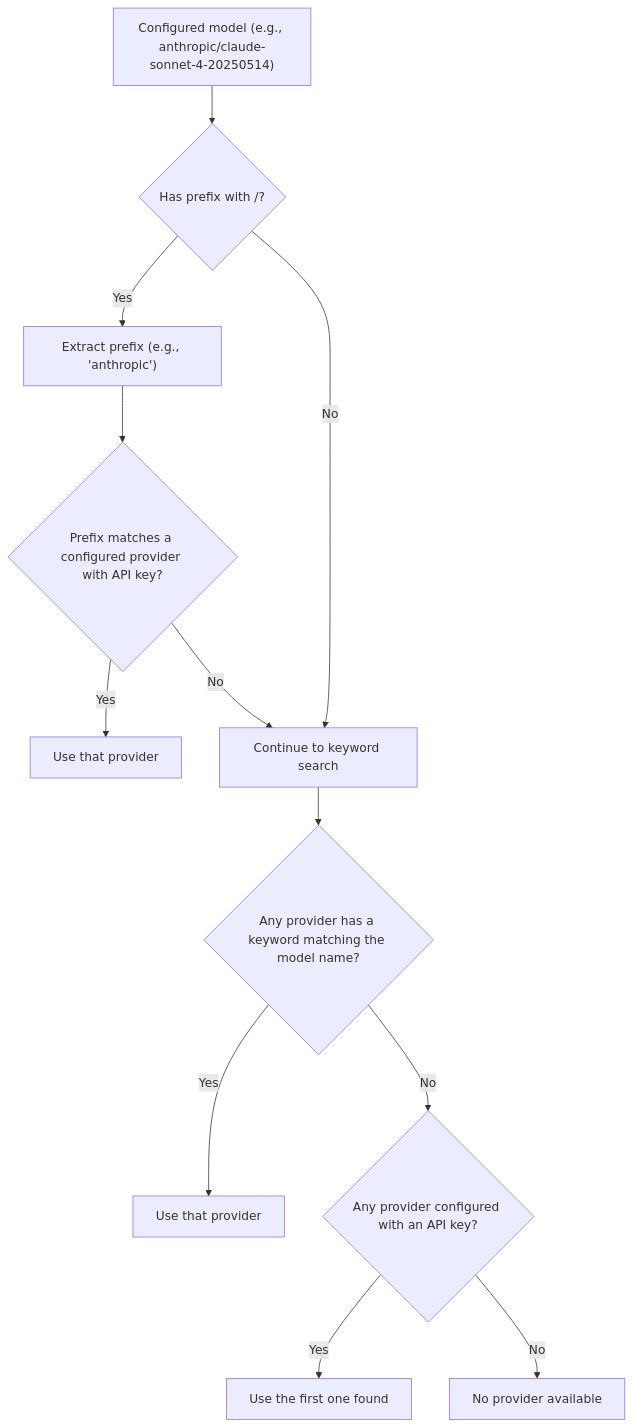
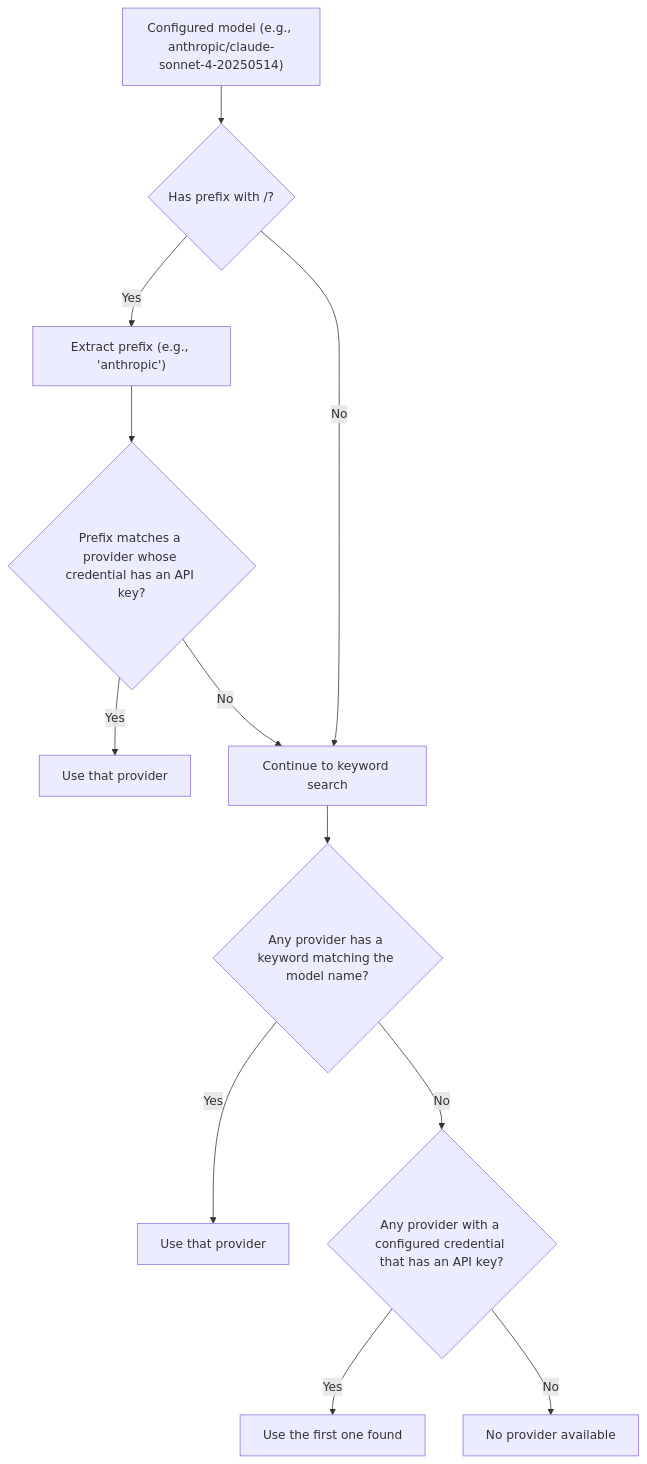
The eighth of 19 diagrams in docs/flow.md (openbotx/openbotx), drawn with Mermaid before and after one commit. The commit also changed other lines of this file and 82 other files, not shown here.

````diff
--- a/docs/flow.md
+++ b/docs/flow.md
@@ -809,14 +810,14 @@
 ```mermaid
 graph TD
     A["Configured model (e.g., anthropic/claude-sonnet-4-20250514)"] --> B{Has prefix with /?}
     B -->|Yes| C["Extract prefix (e.g., 'anthropic')"]
-    C --> D{Prefix matches a configured provider with API key?}
+    C --> D{Prefix matches a provider whose credential has an API key?}
     D -->|Yes| E[Use that provider]
     D -->|No| F[Continue to keyword search]
     B -->|No| F
     F --> G{Any provider has a keyword matching the model name?}
     G -->|Yes| H[Use that provider]
-    G -->|No| I{Any provider configured with an API key?}
+    G -->|No| I{Any provider with a configured credential that has an API key?}
     I -->|Yes| J[Use the first one found]
     I -->|No| K[No provider available]
 ```
````
